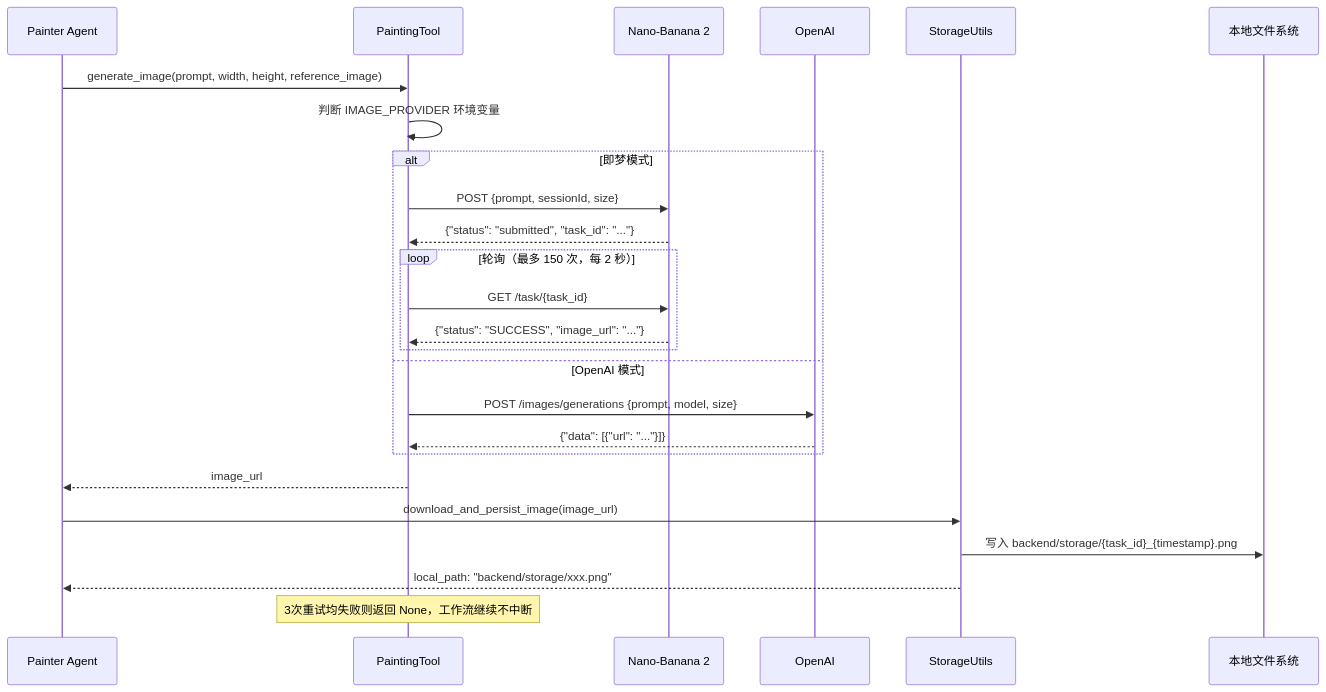
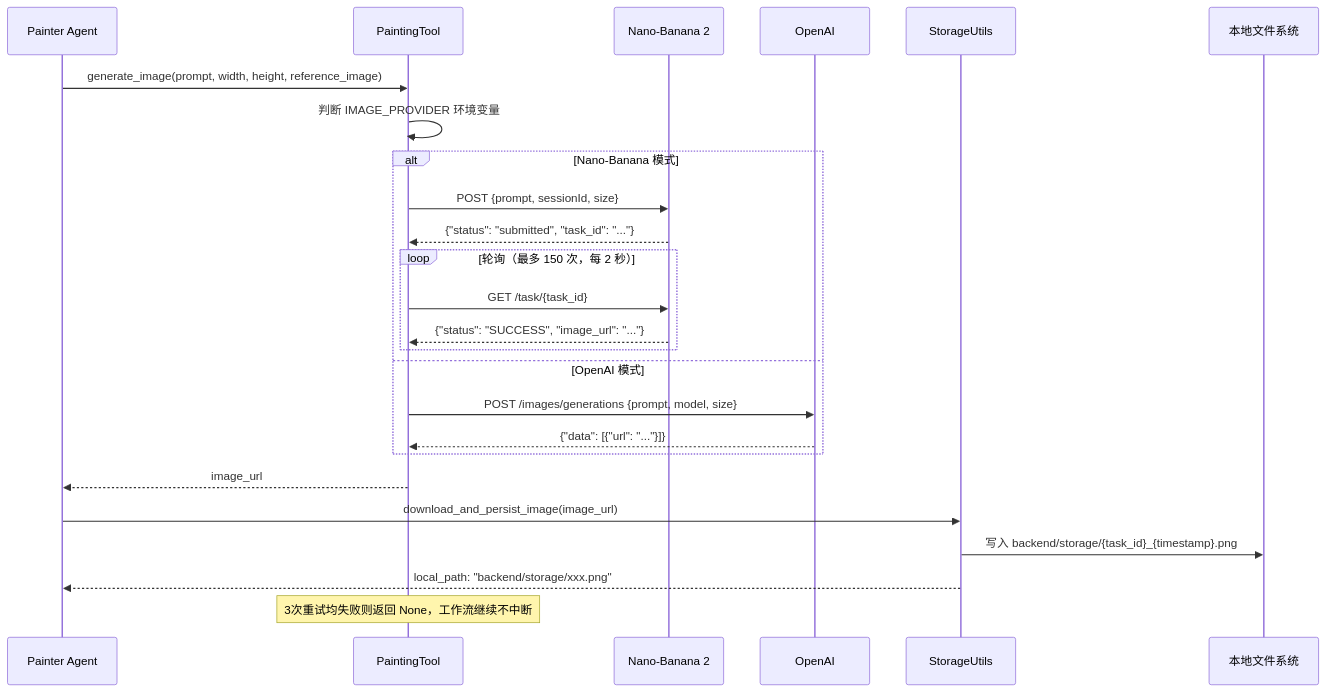
Diagram 16 of 21 in specs/05_business_processes.md (tianfeicoding/magnes), drawn with Mermaid before and after one commit. The commit also changed other lines of this file and 4 other files, not shown here.

````diff
--- a/specs/05_business_processes.md
+++ b/specs/05_business_processes.md
@@ -611,29 +611,29 @@
 ```mermaid
 sequenceDiagram
     participant A as Painter Agent
     participant P as PaintingTool
     participant NB as Nano-Banana 2 
     participant OAI as OpenAI
     participant S as StorageUtils
     participant FS as 本地文件系统
 
     A->>P: generate_image(prompt, width, height, reference_image)
     P->>P: 判断 IMAGE_PROVIDER 环境变量
-    alt 即梦模式
+    alt Nano-Banana 模式
         P->>NB: POST {prompt, sessionId, size}
         NB-->>P: {"status": "submitted", "task_id": "..."}
         loop 轮询（最多 150 次，每 2 秒）
             P->>NB: GET /task/{task_id}
             NB-->>P: {"status": "SUCCESS", "image_url": "..."}
         end
     else OpenAI 模式
         P->>OAI: POST /images/generations {prompt, model, size}
         OAI-->>P: {"data": [{"url": "..."}]}
     end
 
     P-->>A: image_url
     A->>S: download_and_persist_image(image_url)
     S->>FS: 写入 backend/storage/{task_id}_{timestamp}.png
     S-->>A: local_path: "backend/storage/xxx.png"
     Note over P: 3次重试均失败则返回 None，工作流继续不中断
 ```
````
